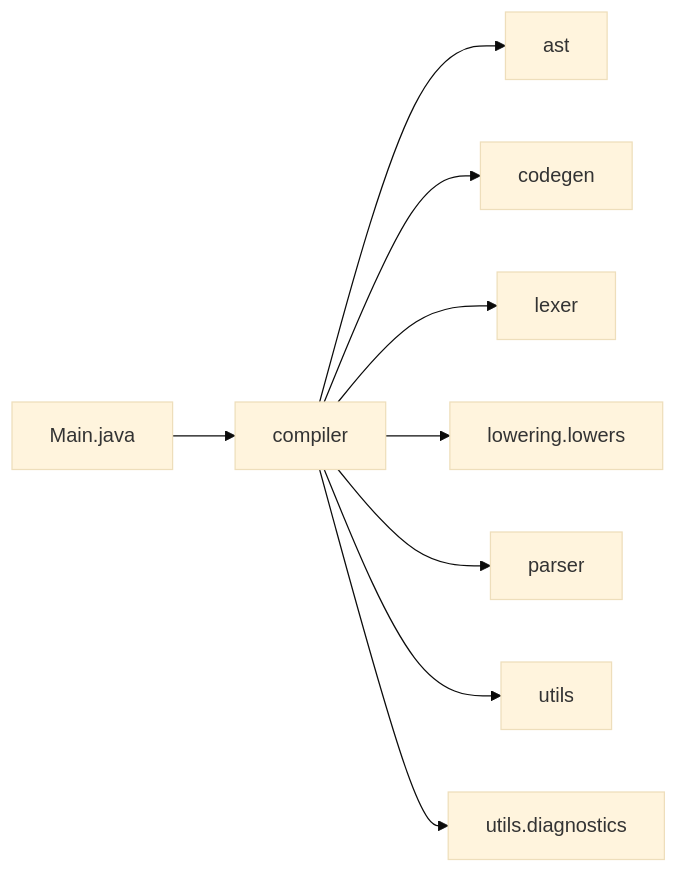
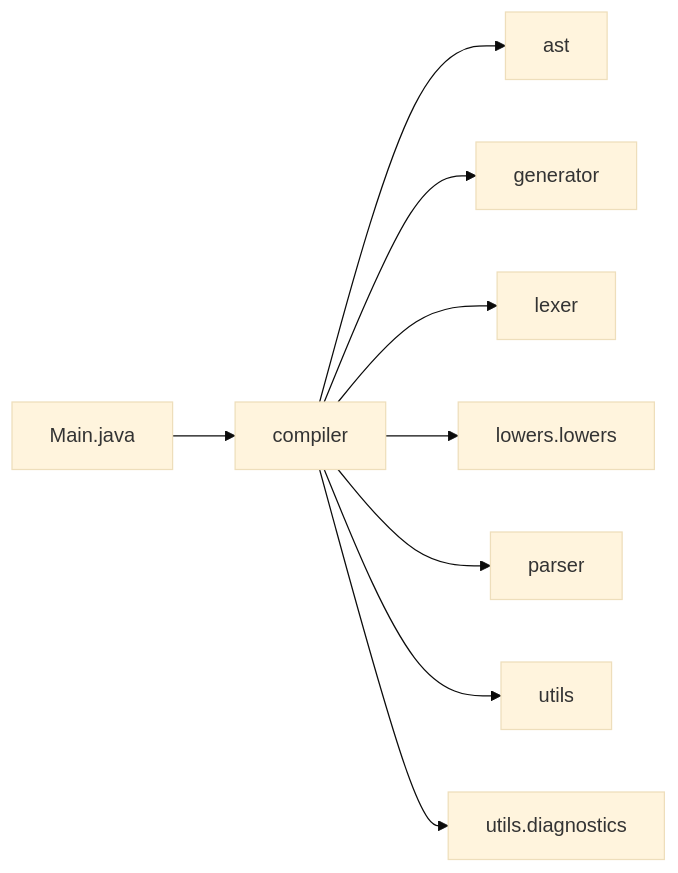
One commit to PascalUser/FLC-IEC61131-7 changed the first of 3 diagrams in doc/modules/compiler.md. Above: the diagram before and after it, drawn with Mermaid (base theme). The commit also changed other lines of this file and 537 other files, not shown here.

````diff
--- a/doc/modules/compiler.md
+++ b/doc/modules/compiler.md
@@ -24,20 +24,20 @@
 ```mermaid
 flowchart LR
     ast["ast"]
-    codegen["codegen"]
+    generator["generator"]
     compiler["compiler"]
     lexer["lexer"]
-    lowering_lowers["lowering.lowers"]
+    lowering_lowers["lowers.lowers"]
     parser["parser"]
     utils["utils"]
     utils_diagnostics["utils.diagnostics"]
     main["Main.java"]
     compiler --> ast
-    compiler --> codegen
+    compiler --> generator
     compiler --> lexer
     compiler --> lowering_lowers
     compiler --> parser
     compiler --> utils
     compiler --> utils_diagnostics
     main --> compiler
 ```
````
